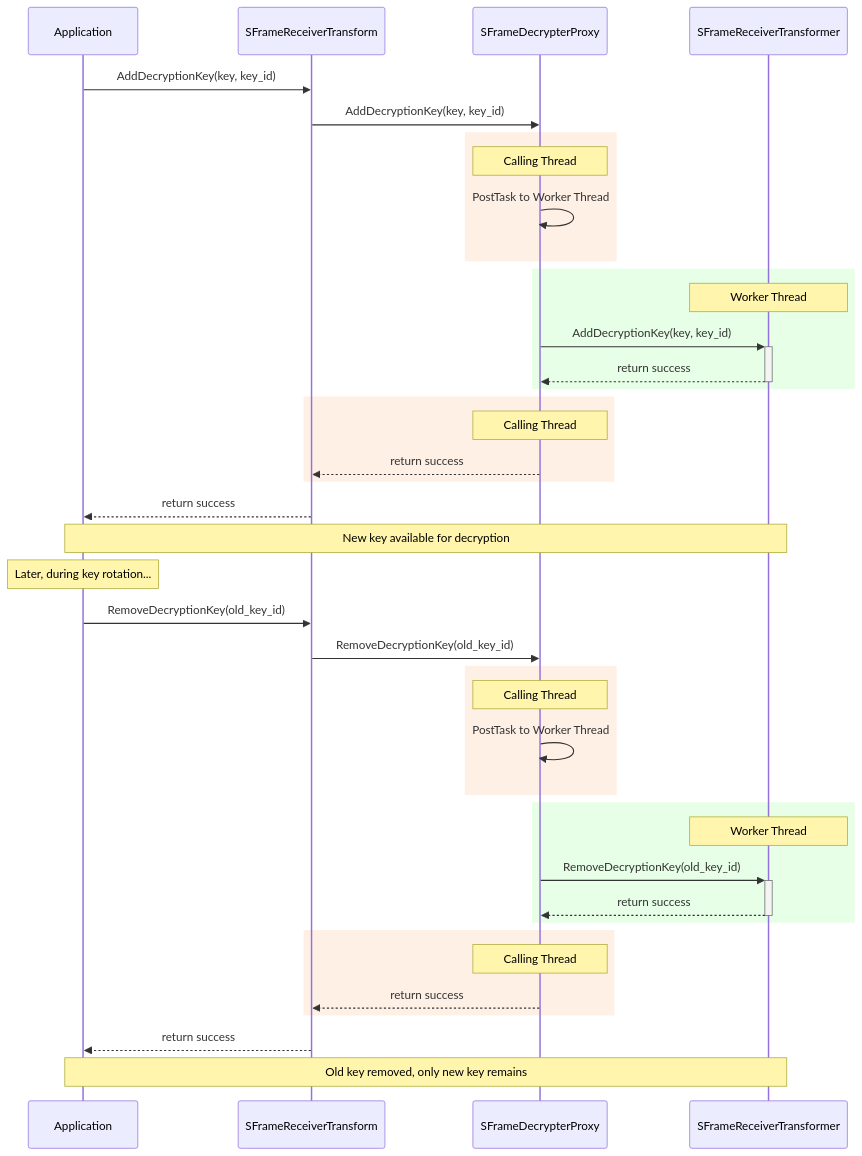
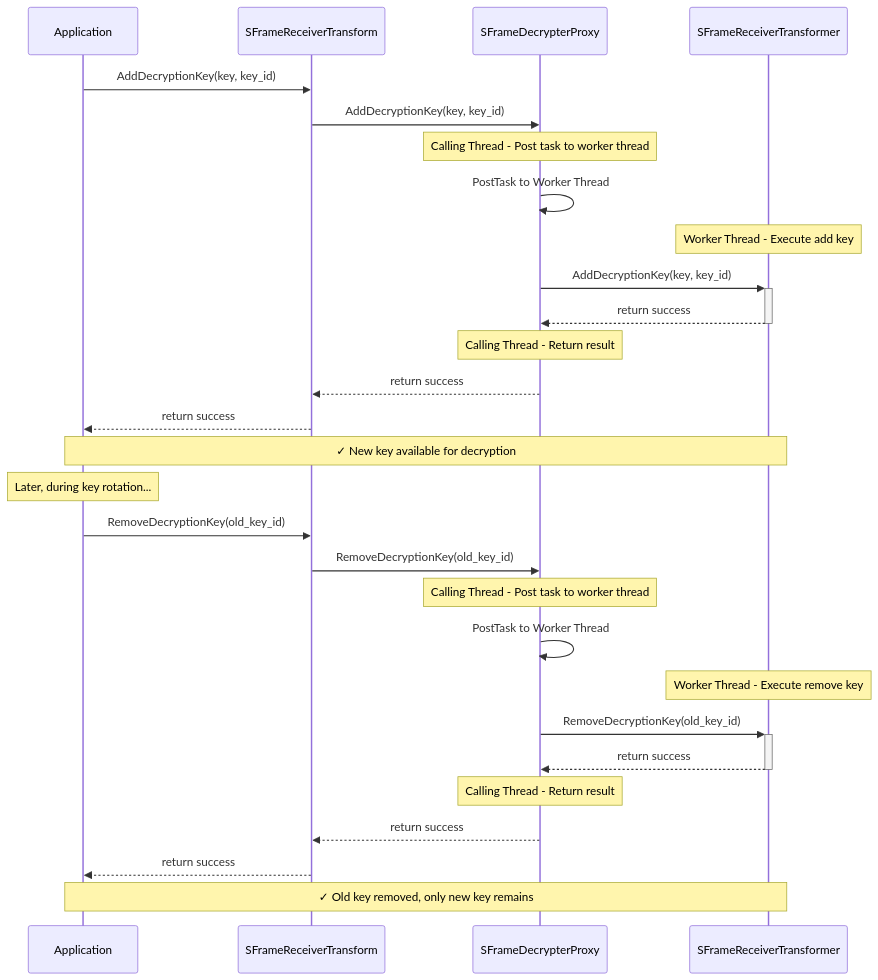
Diagram 14 of 22 in README.md (webex/webrtc-sframe), drawn with Mermaid before and after one commit. The commit also changed other lines of this file, not shown here.

````diff
--- a/README.md
+++ b/README.md
@@ -491,55 +475,41 @@
 ```mermaid
 sequenceDiagram
     participant App as Application
     participant ReceiverTransform as SFrameReceiverTransform
     participant Proxy as SFrameDecrypterProxy
     participant Transformer as SFrameReceiverTransformer
 
     App->>ReceiverTransform: AddDecryptionKey(key, key_id)
     ReceiverTransform->>Proxy: AddDecryptionKey(key, key_id)
     
-    rect rgb(255, 240, 230)
-        Note over Proxy: Calling Thread
-        Proxy->>Proxy: PostTask to Worker Thread
-    end
+    Note over Proxy: Calling Thread - Post task to worker thread
+    Proxy->>Proxy: PostTask to Worker Thread
     
-    rect rgb(230, 255, 230)
-        Note over Transformer: Worker Thread
-        Proxy->>+Transformer: AddDecryptionKey(key, key_id)
-        Transformer-->>-Proxy: return success
-    end
+    Note over Transformer: Worker Thread - Execute add key
+    Proxy->>+Transformer: AddDecryptionKey(key, key_id)
+    Transformer-->>-Proxy: return success
     
-    rect rgb(255, 240, 230)
-        Note over Proxy: Calling Thread
-        Proxy-->>ReceiverTransform: return success
-    end
-    
+    Note over Proxy: Calling Thread - Return result
+    Proxy-->>ReceiverTransform: return success
     ReceiverTransform-->>App: return success
     
-    Note over App,Transformer: New key available for decryption
+    Note over App,Transformer: ✓ New key available for decryption
     
     Note over App: Later, during key rotation...
     
     App->>ReceiverTransform: RemoveDecryptionKey(old_key_id)
     ReceiverTransform->>Proxy: RemoveDecryptionKey(old_key_id)
     
-    rect rgb(255, 240, 230)
-        Note over Proxy: Calling Thread
-        Proxy->>Proxy: PostTask to Worker Thread
-    end
+    Note over Proxy: Calling Thread - Post task to worker thread
+    Proxy->>Proxy: PostTask to Worker Thread
     
-    rect rgb(230, 255, 230)
-        Note over Transformer: Worker Thread
-        Proxy->>+Transformer: RemoveDecryptionKey(old_key_id)
-        Transformer-->>-Proxy: return success
-    end
+    Note over Transformer: Worker Thread - Execute remove key
+    Proxy->>+Transformer: RemoveDecryptionKey(old_key_id)
+    Transformer-->>-Proxy: return success
     
-    rect rgb(255, 240, 230)
-        Note over Proxy: Calling Thread
-        Proxy-->>ReceiverTransform: return success
-    end
-    
+    Note over Proxy: Calling Thread - Return result
+    Proxy-->>ReceiverTransform: return success
     ReceiverTransform-->>App: return success
     
-    Note over App,Transformer: Old key removed, only new key remains
+    Note over App,Transformer: ✓ Old key removed, only new key remains
 ```
````
